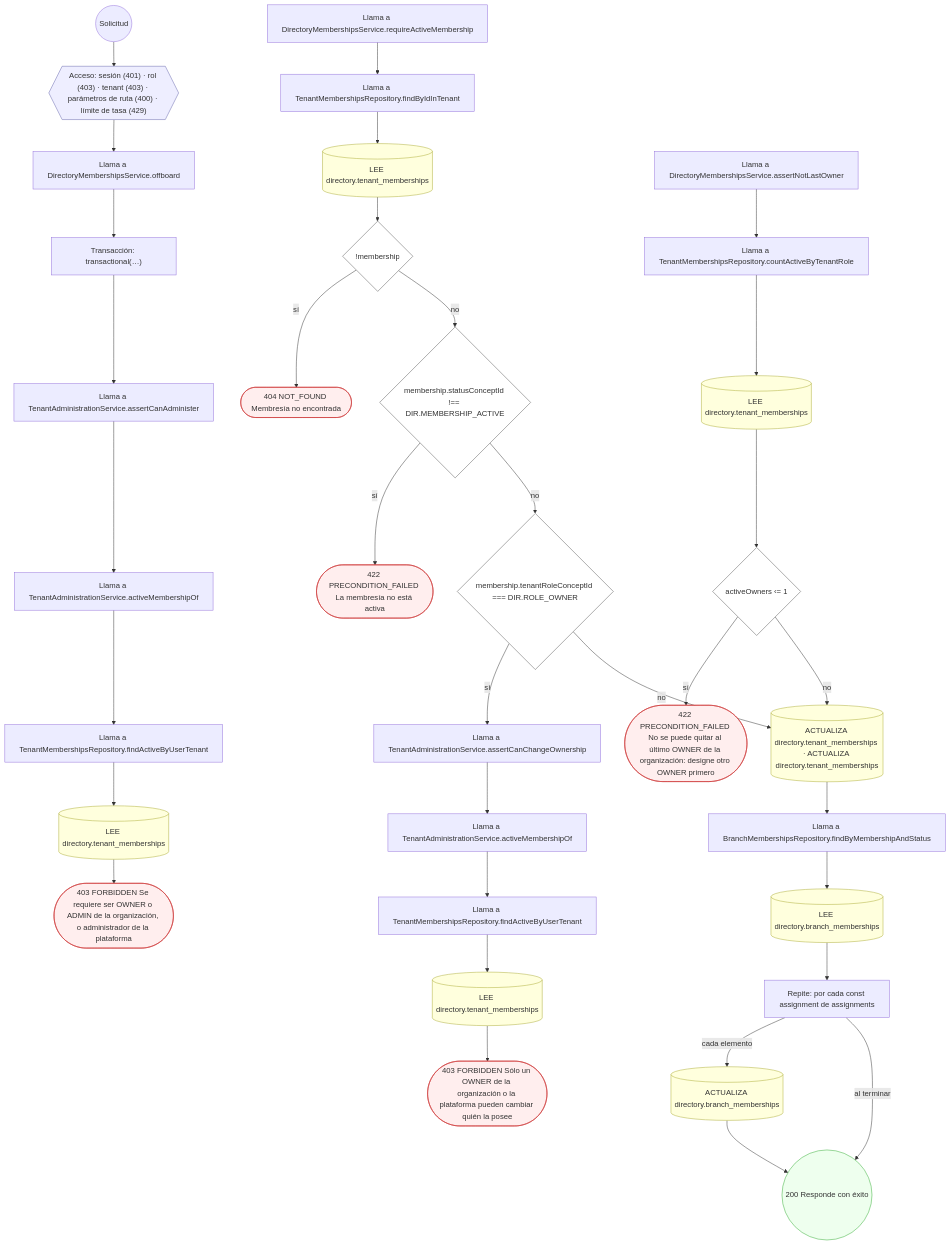
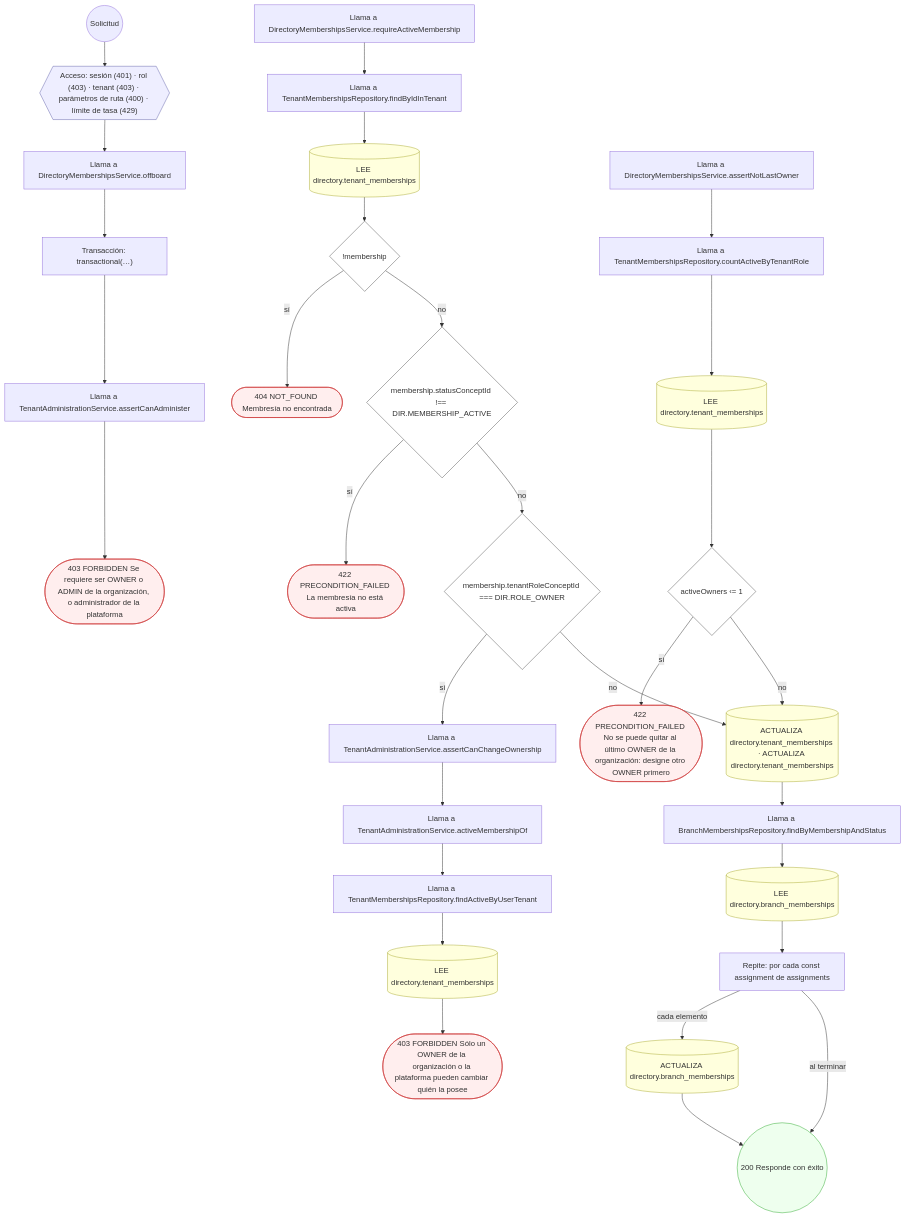
Before and after one commit to mdavila-2001/mantra-core-health-api: diagram 20 of 23 in docs/inventario/flujos/directory.md, drawn with Mermaid. The commit also changed other lines of this file and 451 other files, not shown here.

````diff
--- a/docs/inventario/flujos/directory.md
+++ b/docs/inventario/flujos/directory.md
@@ -1197,74 +1768,68 @@
 ```mermaid
 flowchart TD
   n1(("Solicitud")):::inicio
   n2{{"Acceso: sesión (401) · rol (403) · tenant (403) · parámetros de ruta (400) · límite de tasa (429)"}}:::acceso
   n1 --> n2
   n3["Llama a DirectoryMembershipsService.offboard"]:::llamada
   n2 --> n3
   n4["Transacción: transactional(…)"]:::transaccion
   n3 --> n4
   n5["Llama a TenantAdministrationService.assertCanAdminister"]:::llamada
   n4 --> n5
-  n6["Llama a TenantAdministrationService.activeMembershipOf"]:::llamada
+  n6(["403 FORBIDDEN Se requiere ser OWNER o ADMIN de la organización, o administrador de la plataforma"]):::error
   n5 --> n6
-  n7["Llama a TenantMembershipsRepository.findActiveByUserTenant"]:::llamada
-  n6 --> n7
-  n8[("LEE directory.tenant_memberships")]:::efecto
+  n7["Llama a DirectoryMembershipsService.requireActiveMembership"]:::llamada
+  n8["Llama a TenantMembershipsRepository.findByIdInTenant"]:::llamada
   n7 --> n8
-  n9(["403 FORBIDDEN Se requiere ser OWNER o ADMIN de la organización, o administrador de la plataforma"]):::error
+  n9[("LEE directory.tenant_memberships")]:::efecto
   n8 --> n9
-  n10["Llama a DirectoryMembershipsService.requireActiveMembership"]:::llamada
-  n11["Llama a TenantMembershipsRepository.findByIdInTenant"]:::llamada
-  n10 --> n11
-  n12[("LEE directory.tenant_memberships")]:::efecto
-  n11 --> n12
-  n13{"!membership"}:::decision
-  n12 --> n13
-  n14(["404 NOT_FOUND Membresía no encontrada"]):::error
-  n13 -->|"sí"| n14
-  n15{"membership.statusConceptId !== DIR.MEMBERSHIP_ACTIVE"}:::decision
-  n13 -->|"no"| n15
-  n16(["422 PRECONDITION_FAILED La membresía no está activa"]):::error
-  n15 -->|"sí"| n16
-  n17{"membership.tenantRoleConceptId === DIR.ROLE_OWNER"}:::decision
-  n15 -->|"no"| n17
-  n18["Llama a TenantAdministrationService.assertCanChangeOwnership"]:::llamada
-  n17 -->|"sí"| n18
-  n19["Llama a TenantAdministrationService.activeMembershipOf"]:::llamada
+  n10{"!membership"}:::decision
+  n9 --> n10
+  n11(["404 NOT_FOUND Membresía no encontrada"]):::error
+  n10 -->|"sí"| n11
+  n12{"membership.statusConceptId !== DIR.MEMBERSHIP_ACTIVE"}:::decision
+  n10 -->|"no"| n12
+  n13(["422 PRECONDITION_FAILED La membresía no está activa"]):::error
+  n12 -->|"sí"| n13
+  n14{"membership.tenantRoleConceptId === DIR.ROLE_OWNER"}:::decision
+  n12 -->|"no"| n14
+  n15["Llama a TenantAdministrationService.assertCanChangeOwnership"]:::llamada
+  n14 -->|"sí"| n15
+  n16["Llama a TenantAdministrationService.activeMembershipOf"]:::llamada
+  n15 --> n16
+  n17["Llama a TenantMembershipsRepository.findActiveByUserTenant"]:::llamada
+  n16 --> n17
+  n18[("LEE directory.tenant_memberships")]:::efecto
+  n17 --> n18
+  n19(["403 FORBIDDEN Sólo un OWNER de la organización o la plataforma pueden cambiar quién la posee"]):::error
   n18 --> n19
-  n20["Llama a TenantMembershipsRepository.findActiveByUserTenant"]:::llamada
-  n19 --> n20
-  n21[("LEE directory.tenant_memberships")]:::efecto
+  n20["Llama a DirectoryMembershipsService.assertNotLastOwner"]:::llamada
+  n21["Llama a TenantMembershipsRepository.countActiveByTenantRole"]:::llamada
   n20 --> n21
-  n22(["403 FORBIDDEN Sólo un OWNER de la organización o la plataforma pueden cambiar quién la posee"]):::error
+  n22[("LEE directory.tenant_memberships")]:::efecto
   n21 --> n22
-  n23["Llama a DirectoryMembershipsService.assertNotLastOwner"]:::llamada
-  n24["Llama a TenantMembershipsRepository.countActiveByTenantRole"]:::llamada
-  n23 --> n24
-  n25[("LEE directory.tenant_memberships")]:::efecto
-  n24 --> n25
-  n26{"activeOwners ‹= 1"}:::decision
+  n23{"activeOwners ‹= 1"}:::decision
+  n22 --> n23
+  n24(["422 PRECONDITION_FAILED No se puede quitar al último OWNER de la organización: designe otro OWNER primero"]):::error
+  n23 -->|"sí"| n24
+  n25[("ACTUALIZA directory.tenant_memberships · ACTUALIZA directory.tenant_memberships")]:::efecto
+  n23 -->|"no"| n25
+  n14 -->|"no"| n25
+  n26["Llama a BranchMembershipsRepository.findByMembershipAndStatus"]:::llamada
   n25 --> n26
-  n27(["422 PRECONDITION_FAILED No se puede quitar al último OWNER de la organización: designe otro OWNER primero"]):::error
-  n26 -->|"sí"| n27
-  n28[("ACTUALIZA directory.tenant_memberships · ACTUALIZA directory.tenant_memberships")]:::efecto
-  n26 -->|"no"| n28
-  n17 -->|"no"| n28
-  n29["Llama a BranchMembershipsRepository.findByMembershipAndStatus"]:::llamada
-  n28 --> n29
-  n30[("LEE directory.branch_memberships")]:::efecto
+  n27[("LEE directory.branch_memberships")]:::efecto
+  n26 --> n27
+  n28["Repite: por cada const assignment de assignments"]:::bucle
+  n27 --> n28
+  n29[("ACTUALIZA directory.branch_memberships")]:::efecto
+  n28 -->|"cada elemento"| n29
+  n30(("200 Responde con éxito")):::ok
   n29 --> n30
-  n31["Repite: por cada const assignment de assignments"]:::bucle
-  n30 --> n31
-  n32[("ACTUALIZA directory.branch_memberships")]:::efecto
-  n31 -->|"cada elemento"| n32
-  n33(("200 Responde con éxito")):::ok
-  n32 --> n33
-  n31 -->|"al terminar"| n33
+  n28 -->|"al terminar"| n30
   classDef acceso fill:#eef,stroke:#66a
   classDef error fill:#fee,stroke:#c33
   classDef ok fill:#efe,stroke:#3a3
   classDef efecto fill:#ffd,stroke:#aa3
   classDef decision fill:#fff,stroke:#555
   classDef corte fill:#eee,stroke:#999,stroke-dasharray: 4
 ```
````
